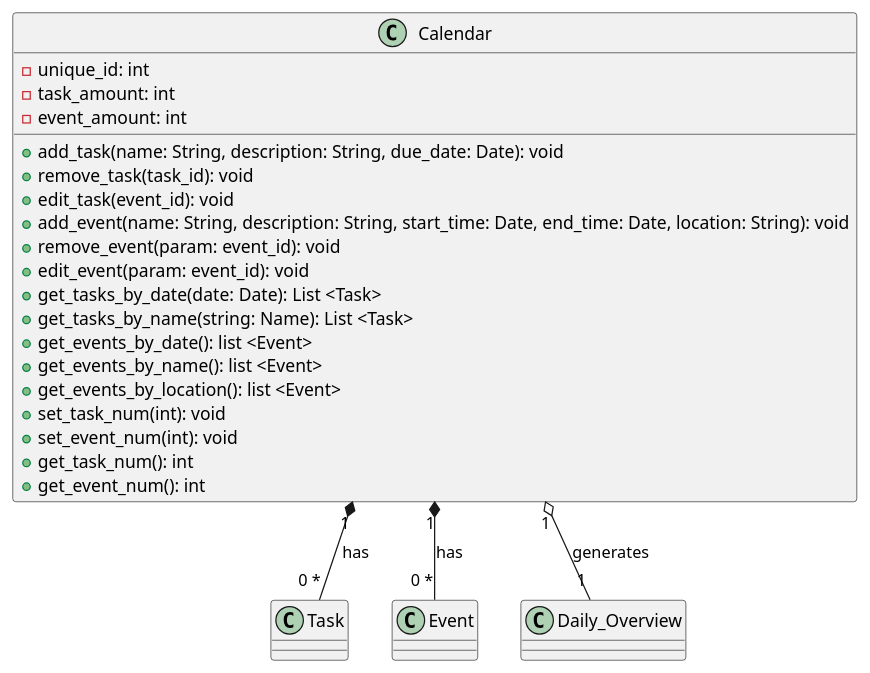
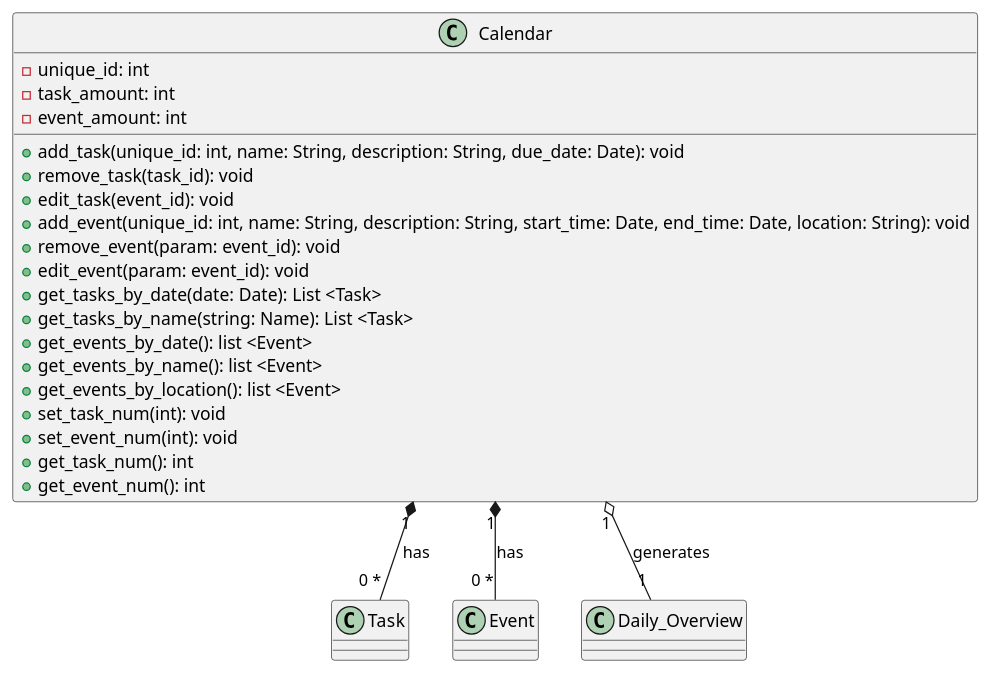
Before and after one commit to CS361-2024Fall-Term/Innovators: the diagram in assignment6/calendar.puml, drawn with PlantUML.

Commit message:
Fixed relation with Task and Event

```diff
--- a/assignment6/calendar.puml
+++ b/assignment6/calendar.puml
@@ -1,37 +1,37 @@
 @startuml
 
 class Calendar {
   -unique_id: int  
   -task_amount: int
   -event_amount: int
-  +add_task(name: String, description: String, due_date: Date): void
+  +add_task(unique_id: int, name: String, description: String, due_date: Date): void
   +remove_task(task_id): void
   +edit_task(event_id): void
-  +add_event(name: String, description: String, start_time: Date, end_time: Date, location: String): void
+  +add_event(unique_id: int, name: String, description: String, start_time: Date, end_time: Date, location: String): void
   +remove_event(param: event_id): void
   +edit_event(param: event_id): void
   +get_tasks_by_date(date: Date): List <Task>
   +get_tasks_by_name(string: Name): List <Task>
   +get_events_by_date(): list <Event>
   +get_events_by_name(): list <Event>
   +get_events_by_location(): list <Event>
   +set_task_num(int): void
   +set_event_num(int): void
   +get_task_num(): int
   +get_event_num(): int
 }
 
 class Task {
 }
 
 class Event {
 }
 
 class Daily_Overview {
 }
 
 Calendar "1" *-- "0 *" Task : "has"
 Calendar "1" *-- "0 *" Event : "has"
 Calendar "1" o-- "1" Daily_Overview : "generates"
 
 @enduml
```
